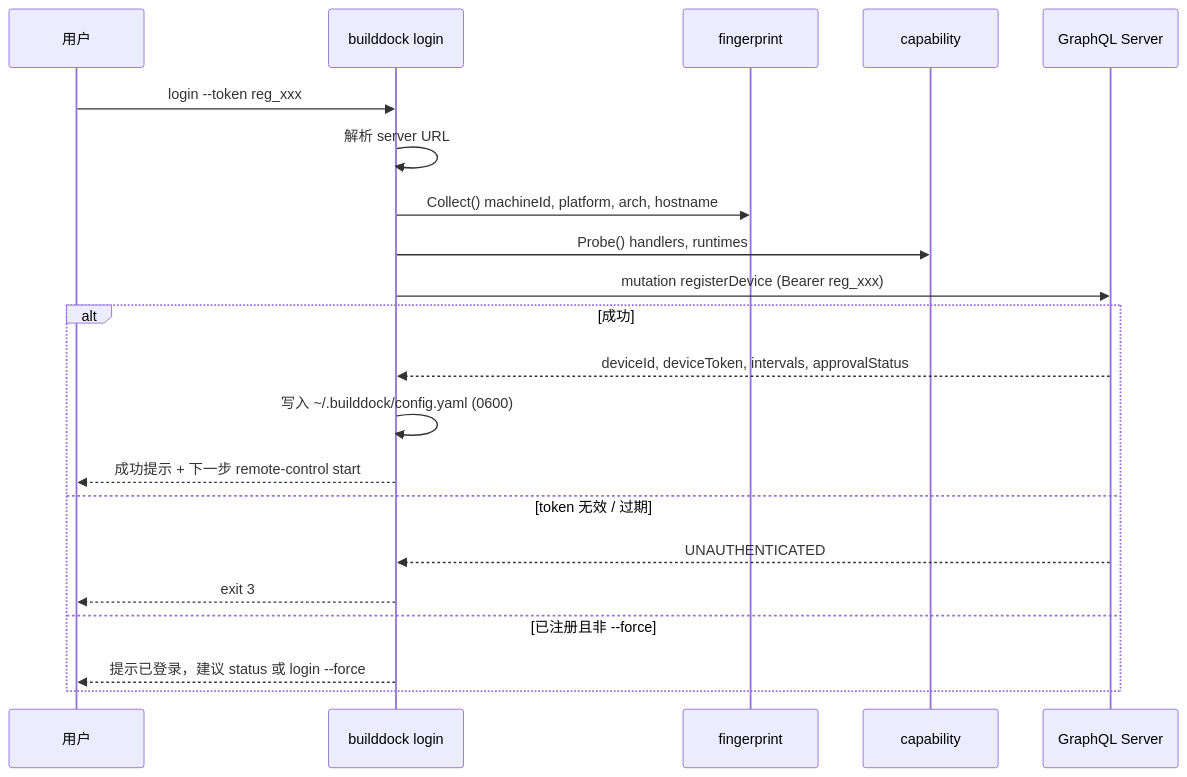
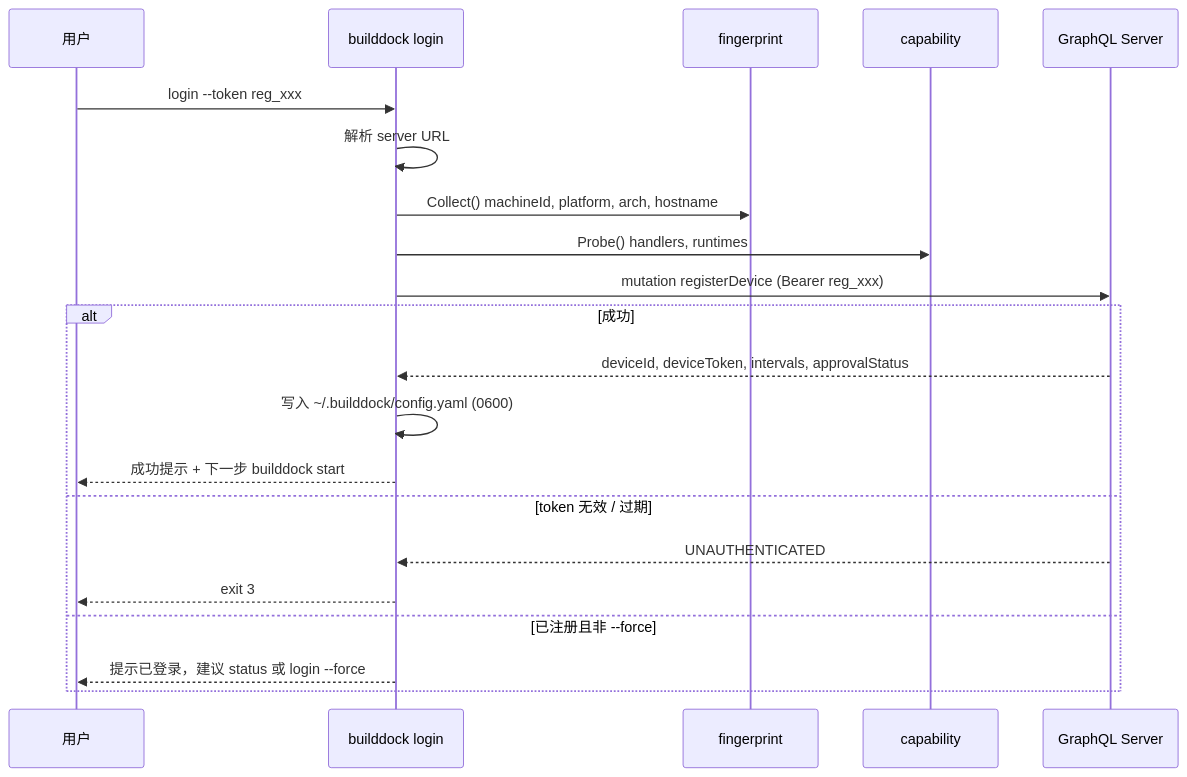
The first of 3 diagrams in docs/architecture/cli-commands.md (zhangfenglin/BuildDock), drawn with Mermaid before and after one commit. The commit also changed other lines of this file and 8 other files, not shown here.

First line of the commit message:
docs: 去掉 remote-control 父命令，start/stop 提升为顶层

````diff
--- a/docs/architecture/cli-commands.md
+++ b/docs/architecture/cli-commands.md
@@ -140,24 +140,24 @@
 ```mermaid
 sequenceDiagram
     participant U as 用户
     participant CLI as builddock login
     participant FP as fingerprint
     participant CP as capability
     participant GQL as GraphQL Server
 
     U->>CLI: login --token reg_xxx
     CLI->>CLI: 解析 server URL
     CLI->>FP: Collect() machineId, platform, arch, hostname
     CLI->>CP: Probe() handlers, runtimes
     CLI->>GQL: mutation registerDevice (Bearer reg_xxx)
     alt 成功
         GQL-->>CLI: deviceId, deviceToken, intervals, approvalStatus
         CLI->>CLI: 写入 ~/.builddock/config.yaml (0600)
-        CLI-->>U: 成功提示 + 下一步 remote-control start
+        CLI-->>U: 成功提示 + 下一步 builddock start
     else token 无效 / 过期
         GQL-->>CLI: UNAUTHENTICATED
         CLI-->>U: exit 3
     else 已注册且非 --force
         CLI-->>U: 提示已登录，建议 status 或 login --force
     end
 ```
````
